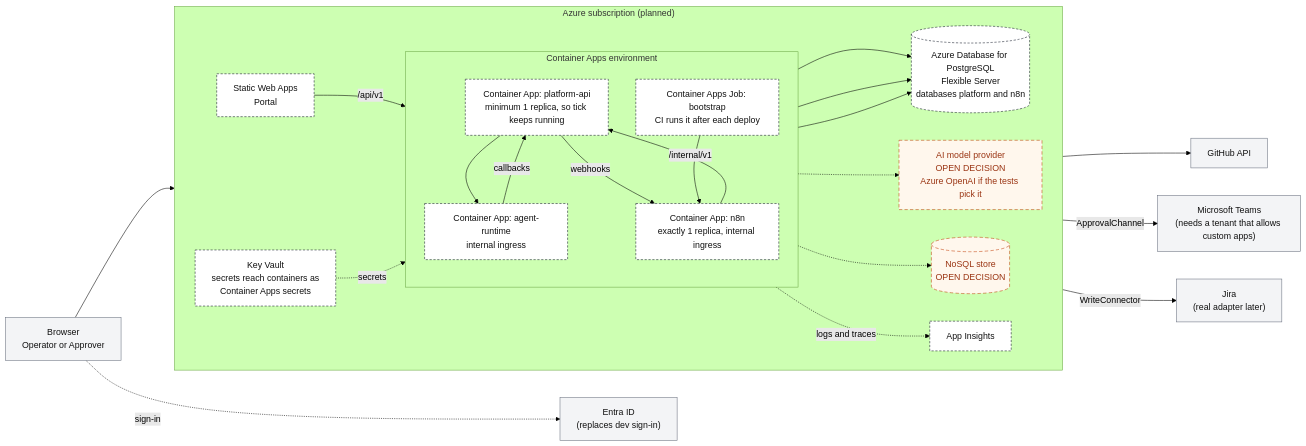
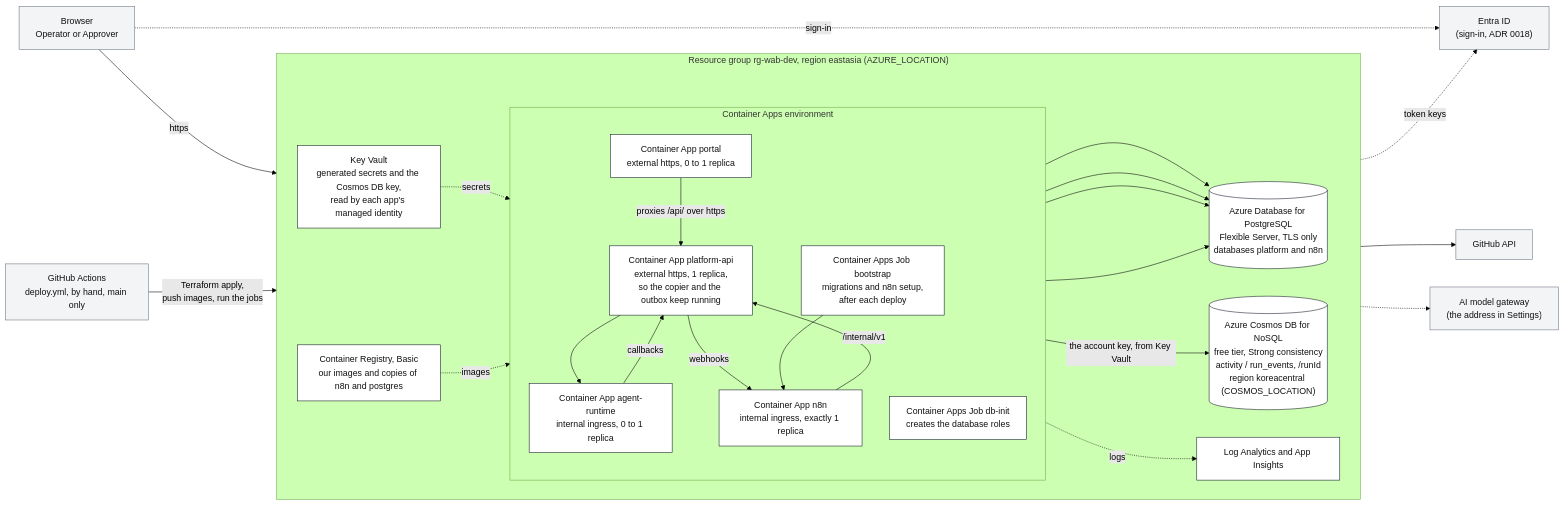
One commit to qj1e7/ai-agent-workflow-builder changed diagram 12 of 17 in docs/design/diagrams.md. Above: the diagram before and after it, drawn with Mermaid (forest theme). The commit also changed other lines of this file and 81 other files, not shown here.

First line of the commit message:
docs(docs): rerun the scans and draw the rubric diagrams on the new app (#85)

````diff
--- a/docs/design/diagrams.md
+++ b/docs/design/diagrams.md
@@ -218,51 +1025,52 @@
 ```mermaid
 flowchart LR
     browser["Browser<br/>Operator or Approver"]
-    teams["Microsoft Teams<br/>(needs a tenant that allows custom apps)"]
-    jira["Jira<br/>(real adapter later)"]
+    entra["Entra ID<br/>(sign-in, ADR 0018)"]
     gh["GitHub API"]
-    entra["Entra ID<br/>(replaces dev sign-in)"]
+    model["AI model gateway<br/>(the address in Settings)"]
+    actions["GitHub Actions<br/>deploy.yml, by hand, main only"]
 
-    subgraph azure["Azure subscription (planned)"]
+    subgraph rg["Resource group rg-wab-dev, region eastasia (AZURE_LOCATION)"]
         direction LR
-        swa["Static Web Apps<br/>Portal"]
         subgraph aca["Container Apps environment"]
             direction TB
-            api["Container App: platform-api<br/>minimum 1 replica, so tick keeps running"]
-            agent["Container App: agent-runtime<br/>internal ingress"]
-            n8n["Container App: n8n<br/>exactly 1 replica, internal ingress"]
-            job["Container Apps Job: bootstrap<br/>CI runs it after each deploy"]
+            portal["Container App portal<br/>external https, 0 to 1 replica"]
+            api["Container App platform-api<br/>external https, 1 replica,<br/>so the copier and the outbox keep running"]
+            agent["Container App agent-runtime<br/>internal ingress, 0 to 1 replica"]
+            n8n["Container App n8n<br/>internal ingress, exactly 1 replica"]
+            dbinit["Container Apps Job db-init<br/>creates the database roles"]
+            boot["Container Apps Job bootstrap<br/>migrations and n8n setup,<br/>after each deploy"]
         end
-        pg[("Azure Database for PostgreSQL<br/>Flexible Server<br/>databases platform and n8n")]
-        kv["Key Vault<br/>secrets reach containers as<br/>Container Apps secrets"]
-        ai["App Insights"]
-        nosql[("NoSQL store<br/>OPEN DECISION")]
-        llm["AI model provider<br/>OPEN DECISION<br/>Azure OpenAI if the tests pick it"]
+        pg[("Azure Database for PostgreSQL<br/>Flexible Server, TLS only<br/>databases platform and n8n")]
+        cosmos[("Azure Cosmos DB for NoSQL<br/>free tier, Strong consistency<br/>activity / run_events, /runId<br/>region koreacentral (COSMOS_LOCATION)")]
+        kv["Key Vault<br/>generated secrets and the Cosmos DB key,<br/>read by each app's managed identity"]
+        acr["Container Registry, Basic<br/>our images and copies of n8n and postgres"]
+        logs["Log Analytics and App Insights"]
     end
 
-    browser --> swa
-    swa -- "/api/v1" --> api
+    browser -- "https" --> portal
+    portal -- "proxies /api/ over https" --> api
     browser -. "sign-in" .-> entra
+    api -. "token keys" .-> entra
     api --> agent
     agent -- "callbacks" --> api
     api -- "webhooks" --> n8n
     n8n -- "/internal/v1" --> api
-    job --> pg
-    job --> n8n
     api --> pg
     n8n --> pg
+    dbinit --> pg
+    boot --> pg
+    boot --> n8n
+    api -- "the account key, from Key Vault" --> cosmos
     agent --> gh
-    agent -.-> llm
-    api -- "ApprovalChannel" --> teams
-    api -- "WriteConnector" --> jira
-    api -.-> nosql
+    agent -.-> model
     kv -. "secrets" .-> aca
-    aca -. "logs and traces" .-> ai
+    acr -. "images" .-> aca
+    aca -. "logs" .-> logs
+    actions -- "Terraform apply,<br/>push images, run the jobs" --> rg
 
-    classDef planned fill:#ffffff,stroke:#111827,stroke-dasharray:4 3,color:#111
-    classDef open fill:#fff7ed,stroke:#c2410c,stroke-dasharray:6 4,color:#9a3412
+    classDef az fill:#ffffff,stroke:#111827,color:#111
     classDef ext fill:#f3f4f6,stroke:#6b7280,color:#111
-    class swa,api,agent,n8n,job,pg,kv,ai planned
-    class nosql,llm open
-    class browser,teams,jira,gh,entra ext
+    class portal,api,agent,n8n,dbinit,boot,pg,cosmos,kv,acr,logs az
+    class browser,entra,gh,model,actions ext
 ```
````
